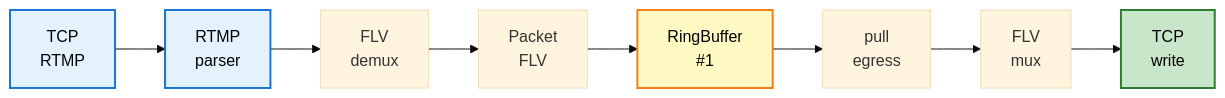
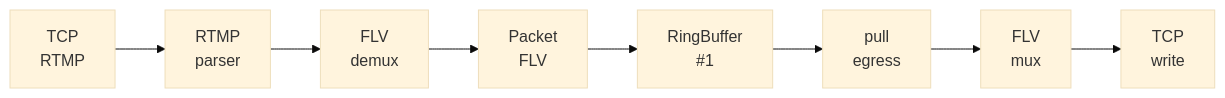
The fifth of 24 diagrams in docs/run-to-completion-analysis.md (krsna1729/restream), drawn with Mermaid (base theme) before and after one commit. The commit also changed other lines of this file and 6 other files, not shown here.

First line of the commit message:
docs: retire duplicate SVG and styled diagram variants

````diff
--- a/docs/run-to-completion-analysis.md
+++ b/docs/run-to-completion-analysis.md
@@ -241,10 +198,5 @@
 ```mermaid
-graph LR
+flowchart LR
     A["TCP<br/>RTMP"] --> B["RTMP<br/>parser"] --> C["FLV<br/>demux"] --> D["Packet<br/>FLV"]
     D --> E["RingBuffer<br/>#1"] --> F["pull<br/>egress"] --> G["FLV<br/>mux"] --> H["TCP<br/>write"]
-    
-    style A fill:#e3f2fd,stroke:#1976d2,stroke-width:2px,color:#000
-    style B fill:#e3f2fd,stroke:#1976d2,stroke-width:2px,color:#000
-    style E fill:#fff9c4,stroke:#f57f17,stroke-width:2px,color:#000
-    style H fill:#c8e6c9,stroke:#2e7d32,stroke-width:2px,color:#000
 ```
````
